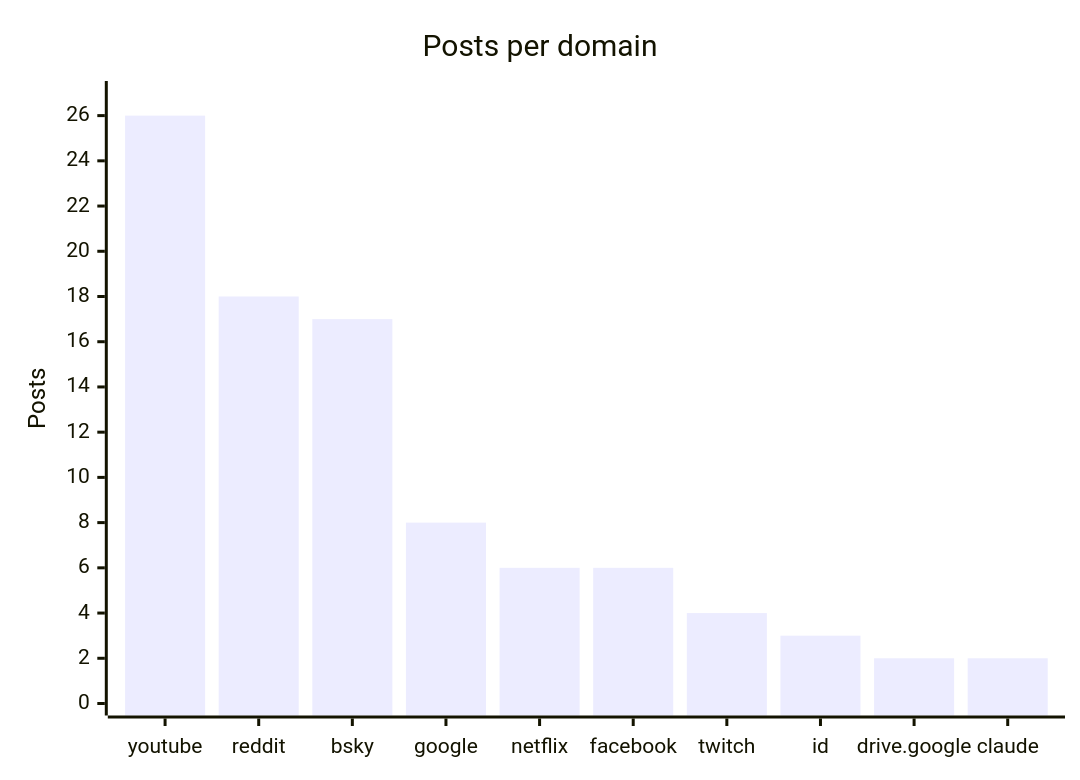
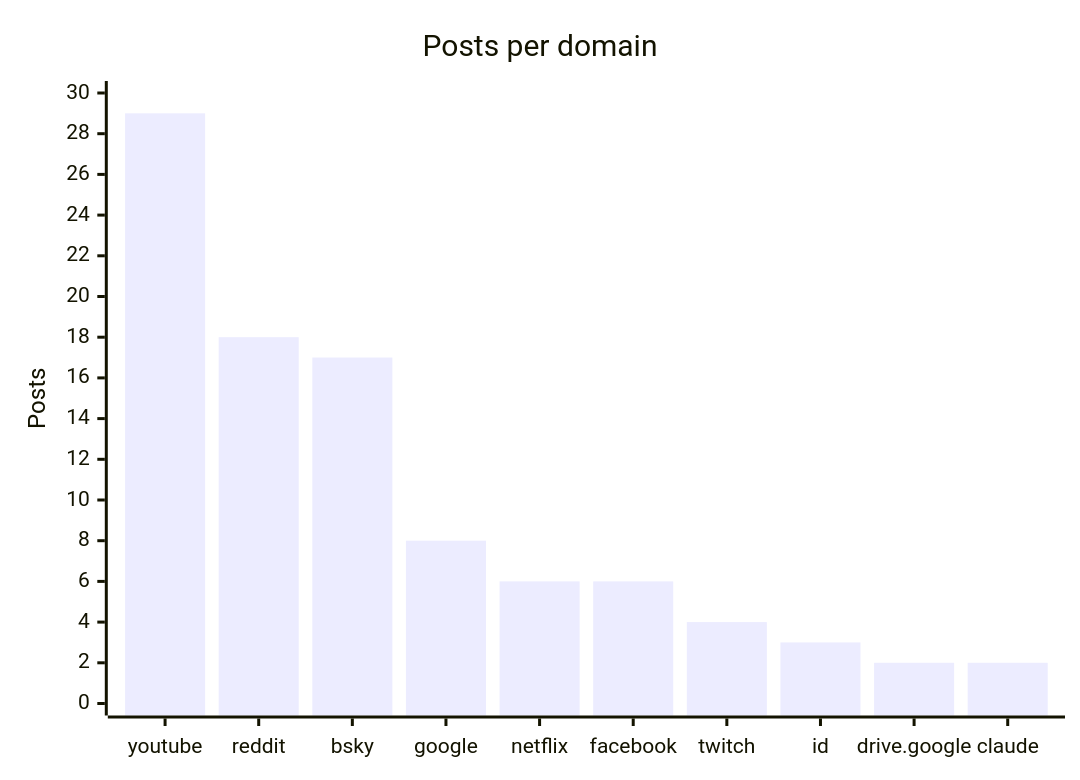
The fourth of 4 diagrams in README.md (martinbalfanz/social-scanner-reports), drawn with Mermaid before and after one commit. The commit also changed other lines of this file and 4 other files, not shown here.

````diff
--- a/README.md
+++ b/README.md
@@ -58,7 +58,7 @@
 ```mermaid
 xychart-beta
     title "Posts per domain"
     x-axis ["youtube", "reddit", "bsky", "google", "netflix", "facebook", "twitch", "id", "drive.google", "claude"]
-    y-axis "Posts" 0 --> 27
-    bar [26, 18, 17, 8, 6, 6, 4, 3, 2, 2]
+    y-axis "Posts" 0 --> 30
+    bar [29, 18, 17, 8, 6, 6, 4, 3, 2, 2]
 ```
````
